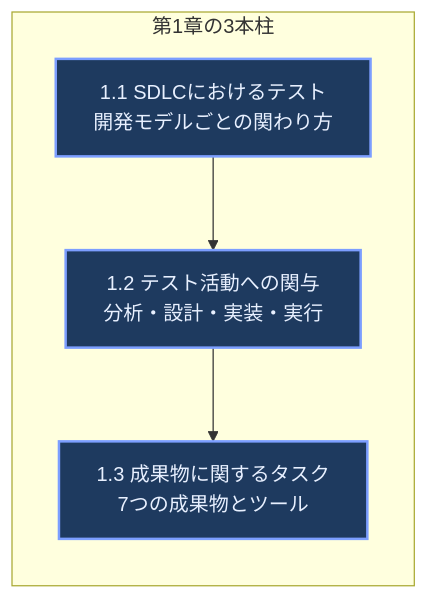
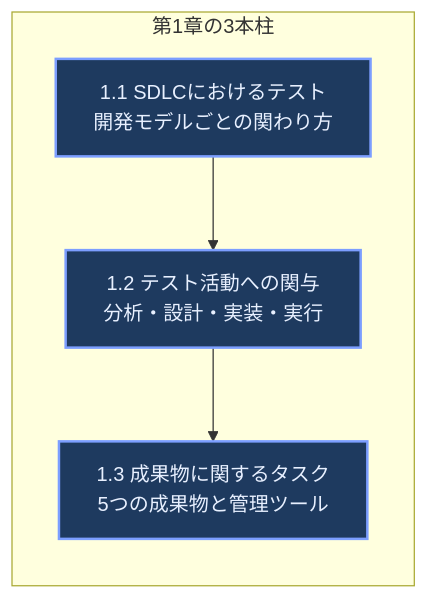
The first of 11 diagrams in Ctal-ta-v4.0-ch1.md (myoshi2891/Quality-Assurance-Studies), drawn with Mermaid before and after one commit. The commit also changed other lines of this file and 1 other file, not shown here.

Commit message:
docs(ctal-ta): update Chapter 1 and Chapter 2 content to align with CTAL-TA v4.0 syllabus

````diff
--- a/Ctal-ta-v4.0-ch1.md
+++ b/Ctal-ta-v4.0-ch1.md
@@ -17,13 +17,13 @@
 ```mermaid
 flowchart LR
     subgraph CH1["第1章の3本柱"]
         direction TB
         P1["1.1 SDLCにおけるテスト<br/>開発モデルごとの関わり方"]
         P2["1.2 テスト活動への関与<br/>分析・設計・実装・実行"]
-        P3["1.3 成果物に関するタスク<br/>7つの成果物とツール"]
+        P3["1.3 成果物に関するタスク<br/>5つの成果物と管理ツール"]
     end
     P1 --> P2 --> P3
 
     classDef pillar fill:#1e3a5f,stroke:#7c9eff,color:#e8f0ff,stroke-width:2px
     class P1,P2,P3 pillar
 ```
````
